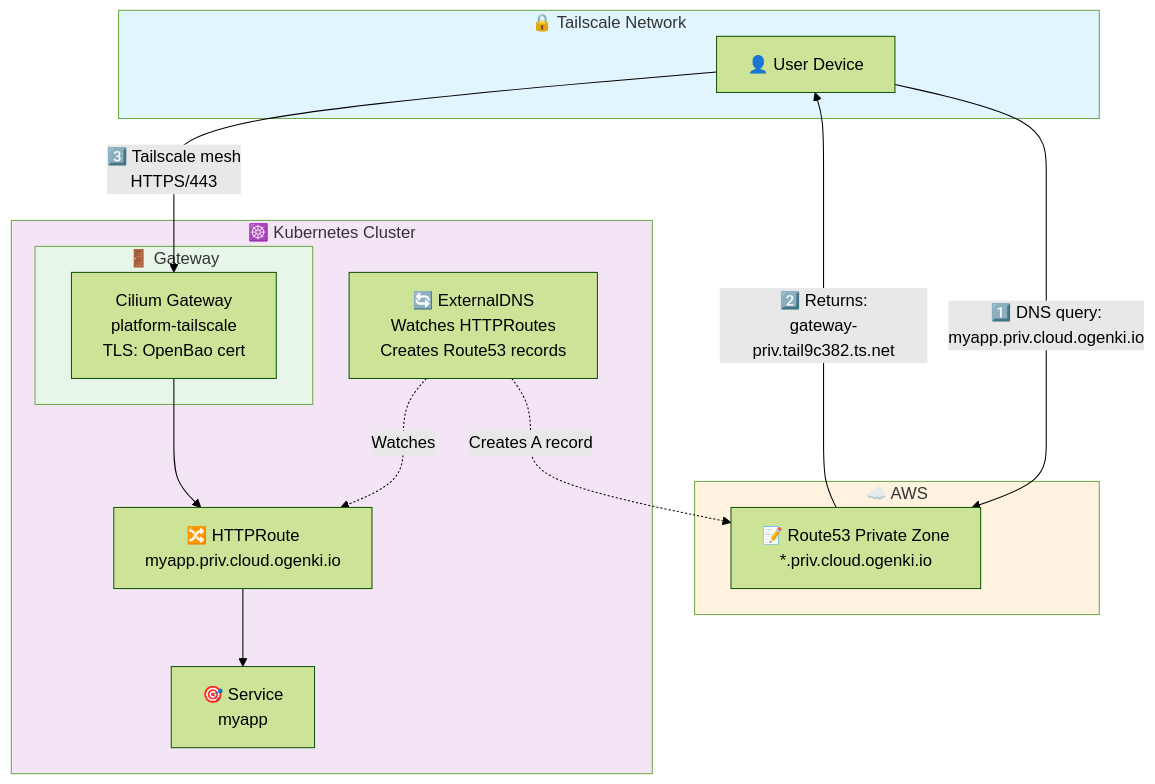
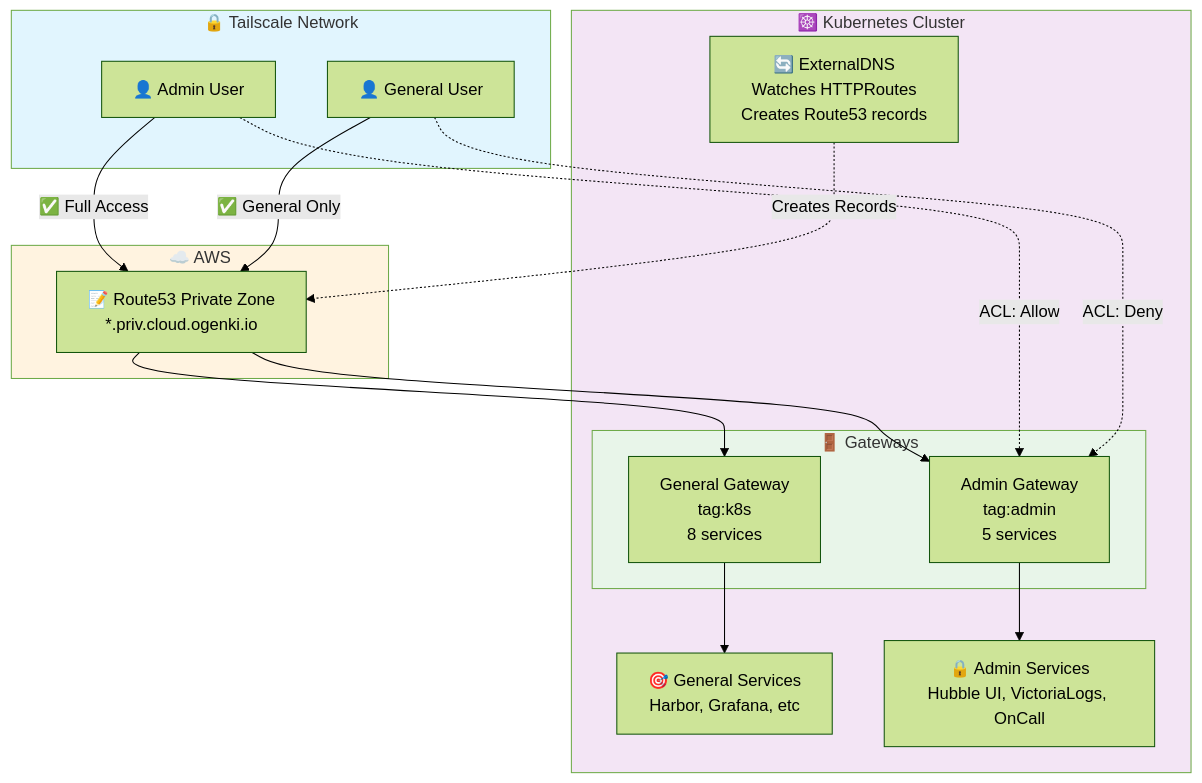
The diagram in docs/tailscale-gateway-api.md (Smana/cloud-native-ref), drawn with Mermaid (forest theme) before and after one commit. The commit also changed other lines of this file and 19 other files, not shown here.

First line of the commit message:
feat: implement access segregation with dual Tailscale Gateways

````diff
--- a/docs/tailscale-gateway-api.md
+++ b/docs/tailscale-gateway-api.md
@@ -7,36 +11,41 @@
 ```mermaid
 flowchart TB
     subgraph tailscale["🔒 Tailscale Network"]
-        user["👤 User Device"]
+        admin["👤 Admin User"]
+        user["👤 General User"]
     end
 
     subgraph aws["☁️ AWS"]
         route53["📝 Route53 Private Zone<br/>*.priv.cloud.ogenki.io"]
     end
 
     subgraph k8s["☸️ Kubernetes Cluster"]
         externaldns["🔄 ExternalDNS<br/>Watches HTTPRoutes<br/>Creates Route53 records"]
 
-        subgraph gateway["🚪 Gateway"]
-            cilium["Cilium Gateway<br/>platform-tailscale<br/>TLS: OpenBao cert"]
+        subgraph gateways["🚪 Gateways"]
+            general["General Gateway<br/>tag:k8s<br/>8 services"]
+            adminGW["Admin Gateway<br/>tag:admin<br/>5 services"]
         end
 
-        httproute["🔀 HTTPRoute<br/>myapp.priv.cloud.ogenki.io"]
-        service["🎯 Service<br/>myapp"]
+        generalSvc["🎯 General Services<br/>Harbor, Grafana, etc"]
+        adminSvc["🔒 Admin Services<br/>Hubble UI, VictoriaLogs, OnCall"]
     end
 
-    user -->|"1️⃣ DNS query:<br/>myapp.priv.cloud.ogenki.io"| route53
-    route53 -->|"2️⃣ Returns:<br/>gateway-priv.tail9c382.ts.net"| user
-    user -->|"3️⃣ Tailscale mesh<br/>HTTPS/443"| cilium
+    admin -->|"✅ Full Access"| route53
+    user -->|"✅ General Only"| route53
+    route53 --> general
+    route53 --> adminGW
 
-    externaldns -.->|"Watches"| httproute
-    externaldns -.->|"Creates A record"| route53
+    externaldns -.->|"Creates Records"| route53
 
-    cilium --> httproute
-    httproute --> service
+    general --> generalSvc
+    adminGW --> adminSvc
+
+    admin -.->|"ACL: Allow"| adminGW
+    user -.->|"ACL: Deny"| adminGW
 
     style tailscale fill:#e1f5fe
     style aws fill:#fff3e0
     style k8s fill:#f3e5f5
-    style gateway fill:#e8f5e9
+    style gateways fill:#e8f5e9
 ```
````
